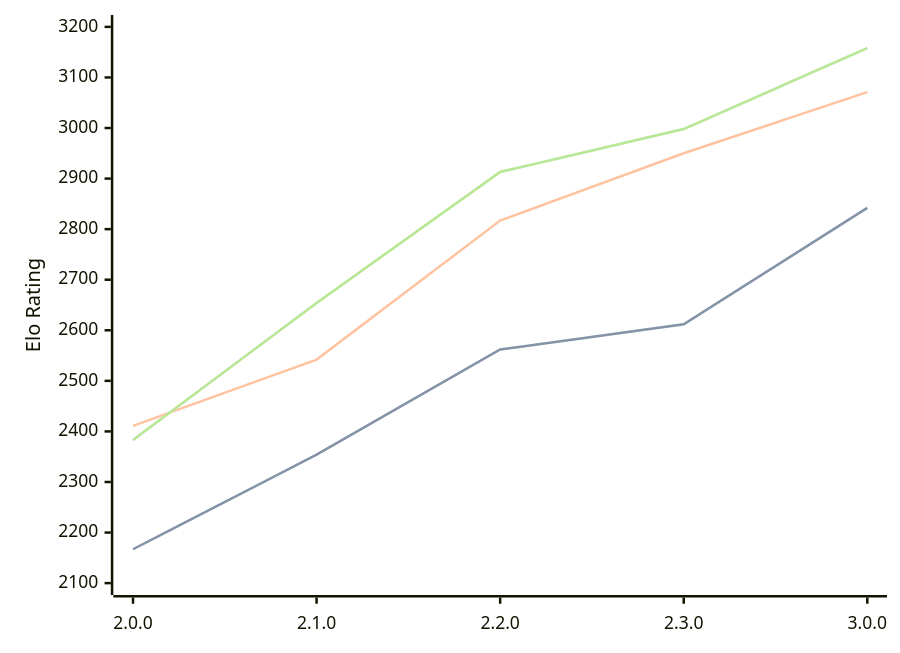
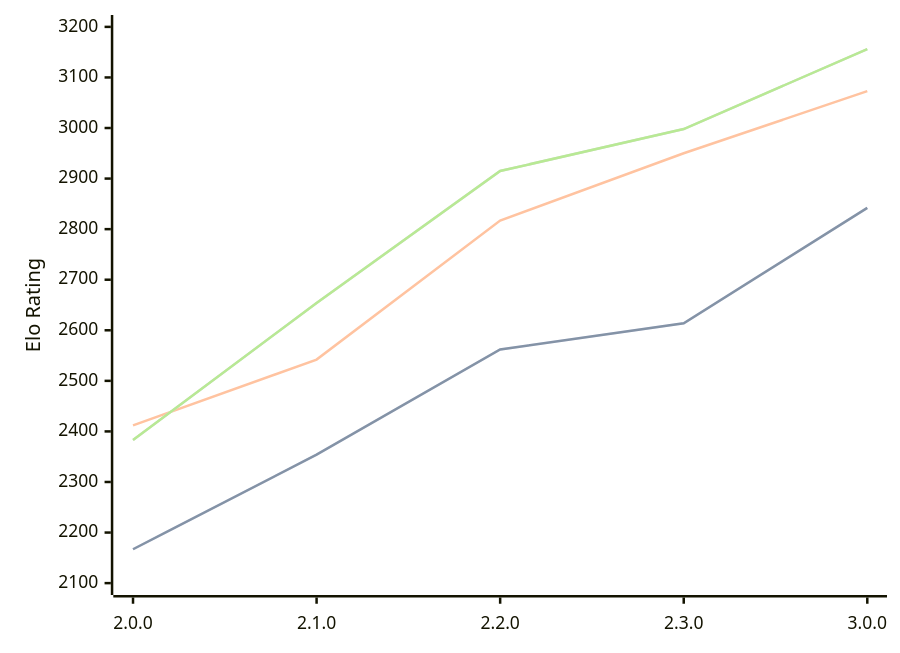
One commit to computer-chess-index/cci changed the diagram in engines/Raphael.md. Above: the diagram before and after it, drawn with Mermaid. The commit also changed other lines of this file, not shown here.

Commit message:
Update CCI Ratings (ELO VLTC) - 2026-02-17

````diff
--- a/engines/Raphael.md
+++ b/engines/Raphael.md
@@ -44,11 +44,11 @@
 ```mermaid
 %%{init: {"theme":"base","themeVariables":{"seriesColors:['#a3a3a3','#222221','#faa371']}}}%%
 xychart-beta
   x-axis ["2.0.0", "2.1.0", "2.2.0", "2.3.0", "3.0.0"]
   y-axis "Elo Rating" 2100 --> 3200
-  line "STC (8.0+0.08s)" [2167, 2354, 2562, 2612, 2842]
-  line "STC (8.0+0.08s)" [2167, 2354, 2562, 2612, 2842]
-  line "LTC (60.0+0.60s)" [2411, 2542, 2817, 2950, 3071]
-  line "VLTC (2m24s+1.12s)" [2383, 2654, 2913, 2998, 3158]
-  line "VLTC (2m24s+1.12s)" [2383, 2654, 2913, 2998, 3158]
+  line "STC (8.0+0.08s)" [2167, 2354, 2562, 2614, 2842]
+  line "STC (8.0+0.08s)" [2167, 2354, 2562, 2614, 2842]
+  line "LTC (60.0+0.60s)" [2412, 2542, 2817, 2950, 3073]
+  line "VLTC (2m24s+1.12s)" [2383, 2654, 2915, 2998, 3156]
+  line "VLTC (2m24s+1.12s)" [2383, 2654, 2915, 2998, 3156]
 ```
````
